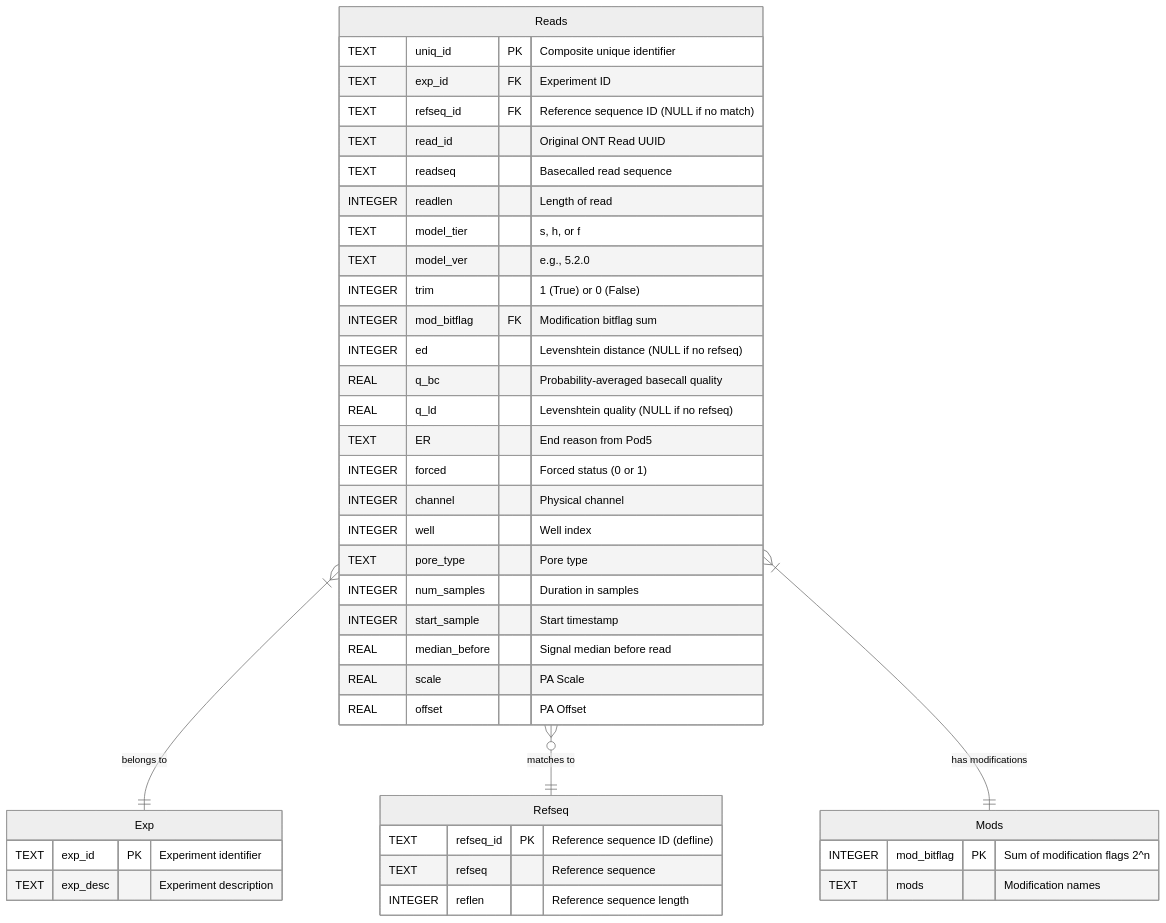
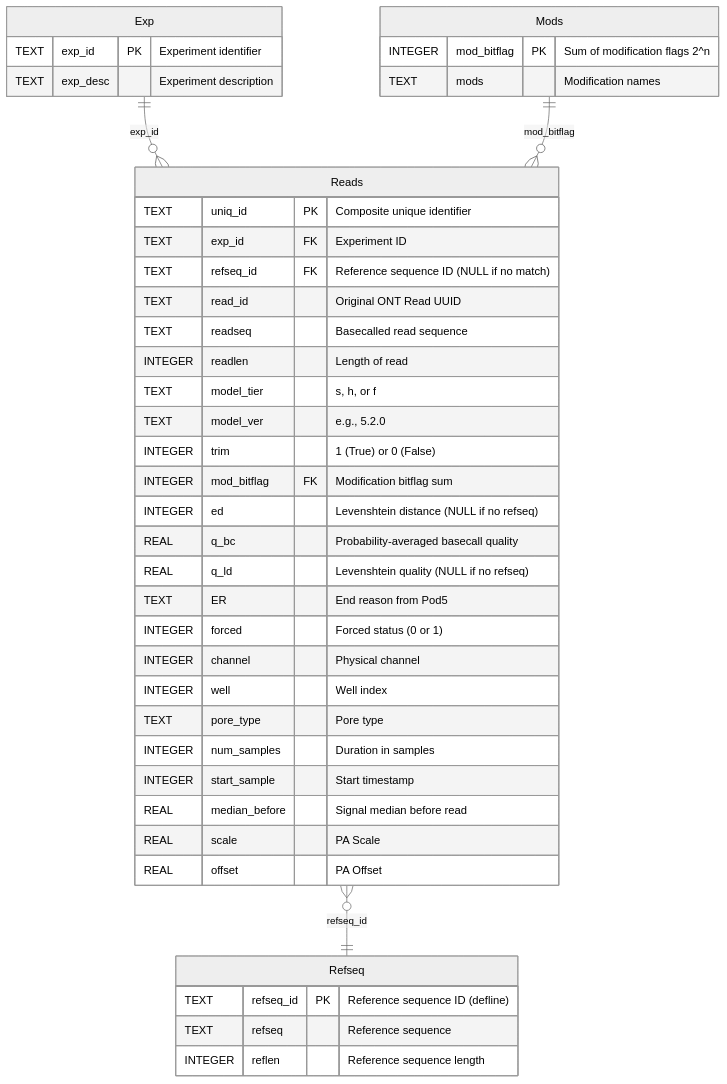
One commit to Single-Molecule-Sequencing/ONT-SMA-seq changed the second of 3 diagrams in WORKFLOW.md. Above: the diagram before and after it, drawn with Mermaid (neutral theme).

Commit message:
Fix ER diagram relationship notation in WORKFLOW.md

````diff
--- a/WORKFLOW.md
+++ b/WORKFLOW.md
@@ -87,48 +87,48 @@
 ```mermaid
 erDiagram
     Reads {
         TEXT uniq_id PK "Composite unique identifier"
         TEXT exp_id FK "Experiment ID"
         TEXT refseq_id FK "Reference sequence ID (NULL if no match)"
         TEXT read_id "Original ONT Read UUID"
         TEXT readseq "Basecalled read sequence"
         INTEGER readlen "Length of read"
         TEXT model_tier "s, h, or f"
         TEXT model_ver "e.g., 5.2.0"
         INTEGER trim "1 (True) or 0 (False)"
         INTEGER mod_bitflag FK "Modification bitflag sum"
         INTEGER ed "Levenshtein distance (NULL if no refseq)"
         REAL q_bc "Probability-averaged basecall quality"
         REAL q_ld "Levenshtein quality (NULL if no refseq)"
         TEXT ER "End reason from Pod5"
         INTEGER forced "Forced status (0 or 1)"
         INTEGER channel "Physical channel"
         INTEGER well "Well index"
         TEXT pore_type "Pore type"
         INTEGER num_samples "Duration in samples"
         INTEGER start_sample "Start timestamp"
         REAL median_before "Signal median before read"
         REAL scale "PA Scale"
         REAL offset "PA Offset"
     }
     
     Mods {
         INTEGER mod_bitflag PK "Sum of modification flags 2^n"
         TEXT mods "Modification names"
     }
     
     Exp {
         TEXT exp_id PK "Experiment identifier"
         TEXT exp_desc "Experiment description"
     }
     
     Refseq {
         TEXT refseq_id PK "Reference sequence ID (defline)"
         TEXT refseq "Reference sequence"
         INTEGER reflen "Reference sequence length"
     }
     
-    Reads }|--|| Exp : "belongs to"
-    Reads }o--|| Refseq : "matches to"
-    Reads }|--|| Mods : "has modifications"
+    Exp ||--o{ Reads : "exp_id"
+    Reads }o--|| Refseq : "refseq_id"
+    Mods ||--o{ Reads : "mod_bitflag"
 ```
````
